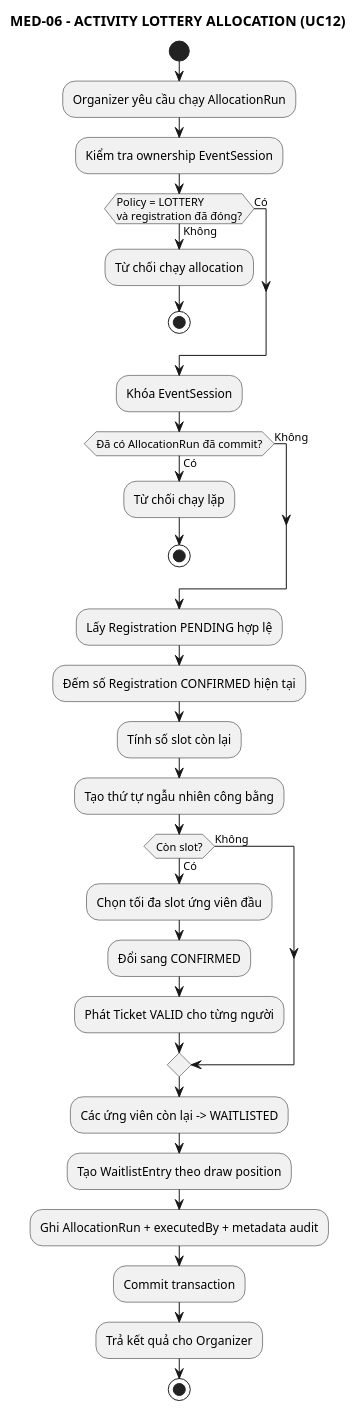
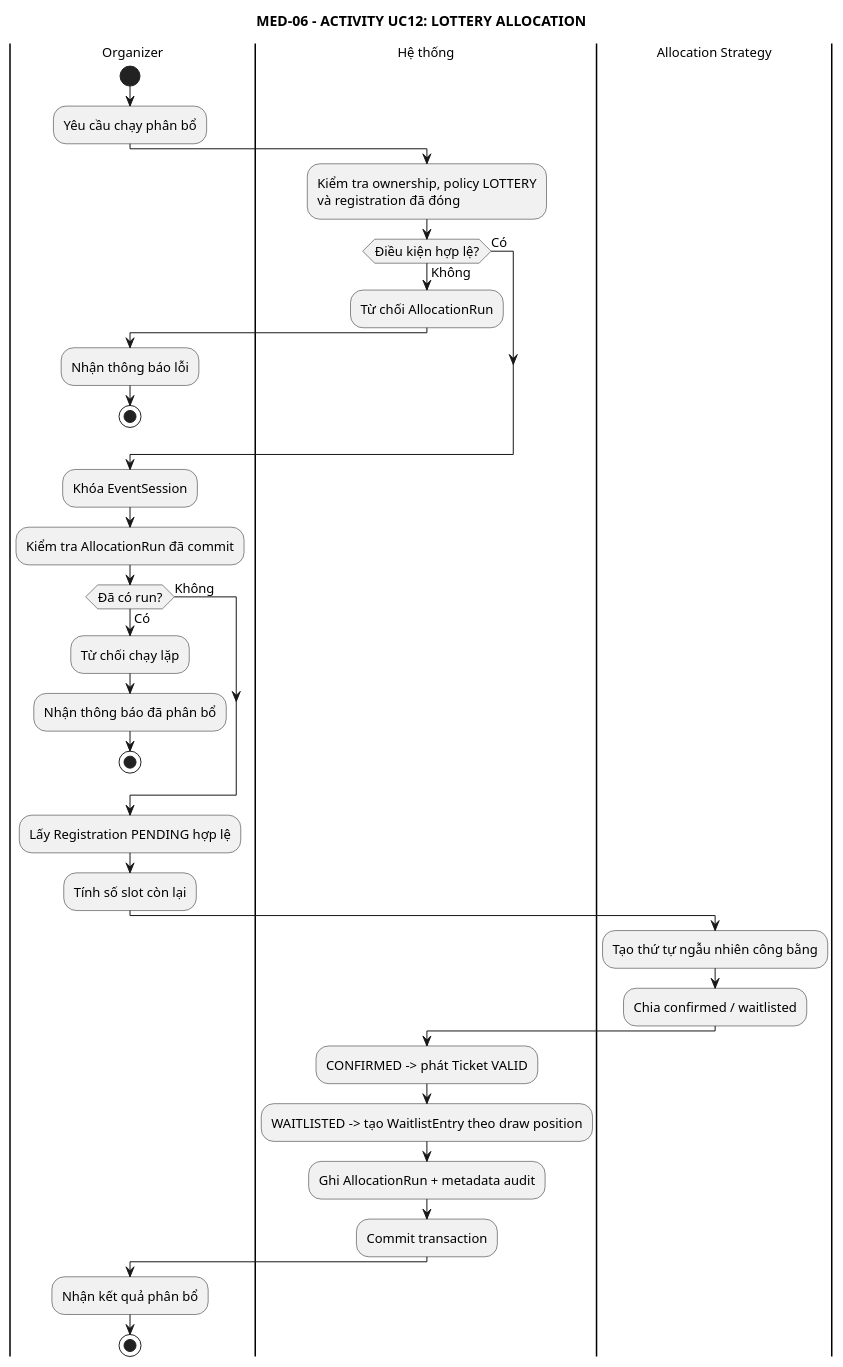
Before and after one commit to anh632k-ui/OOP-DoAn: the diagram in PTTK/06_Activity/03-lottery-allocation-flow.puml, drawn with PlantUML.

Commit message:
refactor lottery activity into swimlane layout

```diff
--- a/PTTK/06_Activity/03-lottery-allocation-flow.puml
+++ b/PTTK/06_Activity/03-lottery-allocation-flow.puml
@@ -1,42 +1,51 @@
 @startuml
+skinparam monochrome true
 skinparam shadowing false
+skinparam defaultFontSize 13
 
-title MED-06 - ACTIVITY LOTTERY ALLOCATION (UC12)
+title MED-06 - ACTIVITY UC12: LOTTERY ALLOCATION
 
+|Organizer|
 start
-:Organizer yêu cầu chạy AllocationRun;
-:Kiểm tra ownership EventSession;
+:Yêu cầu chạy phân bổ;
 
-if (Policy = LOTTERY\nvà registration đã đóng?) then (Có)
+|Hệ thống|
+:Kiểm tra ownership, policy LOTTERY
+và registration đã đóng;
+
+if (Điều kiện hợp lệ?) then (Có)
 else (Không)
-  :Từ chối chạy allocation;
+  :Từ chối AllocationRun;
+  |Organizer|
+  :Nhận thông báo lỗi;
   stop
 endif
 
 :Khóa EventSession;
+:Kiểm tra AllocationRun đã commit;
 
-if (Đã có AllocationRun đã commit?) then (Có)
+if (Đã có run?) then (Có)
   :Từ chối chạy lặp;
+  |Organizer|
+  :Nhận thông báo đã phân bổ;
   stop
 else (Không)
 endif
 
 :Lấy Registration PENDING hợp lệ;
-:Đếm số Registration CONFIRMED hiện tại;
 :Tính số slot còn lại;
+
+|Allocation Strategy|
 :Tạo thứ tự ngẫu nhiên công bằng;
+:Chia confirmed / waitlisted;
 
-if (Còn slot?) then (Có)
-  :Chọn tối đa slot ứng viên đầu;
-  :Đổi sang CONFIRMED;
-  :Phát Ticket VALID cho từng người;
-else (Không)
-endif
+|Hệ thống|
+:CONFIRMED -> phát Ticket VALID;
+:WAITLISTED -> tạo WaitlistEntry theo draw position;
+:Ghi AllocationRun + metadata audit;
+:Commit transaction;
 
-:Các ứng viên còn lại -> WAITLISTED;
-:Tạo WaitlistEntry theo draw position;
-:Ghi AllocationRun + executedBy + metadata audit;
-:Commit transaction;
-:Trả kết quả cho Organizer;
+|Organizer|
+:Nhận kết quả phân bổ;
 stop
 @enduml
```
